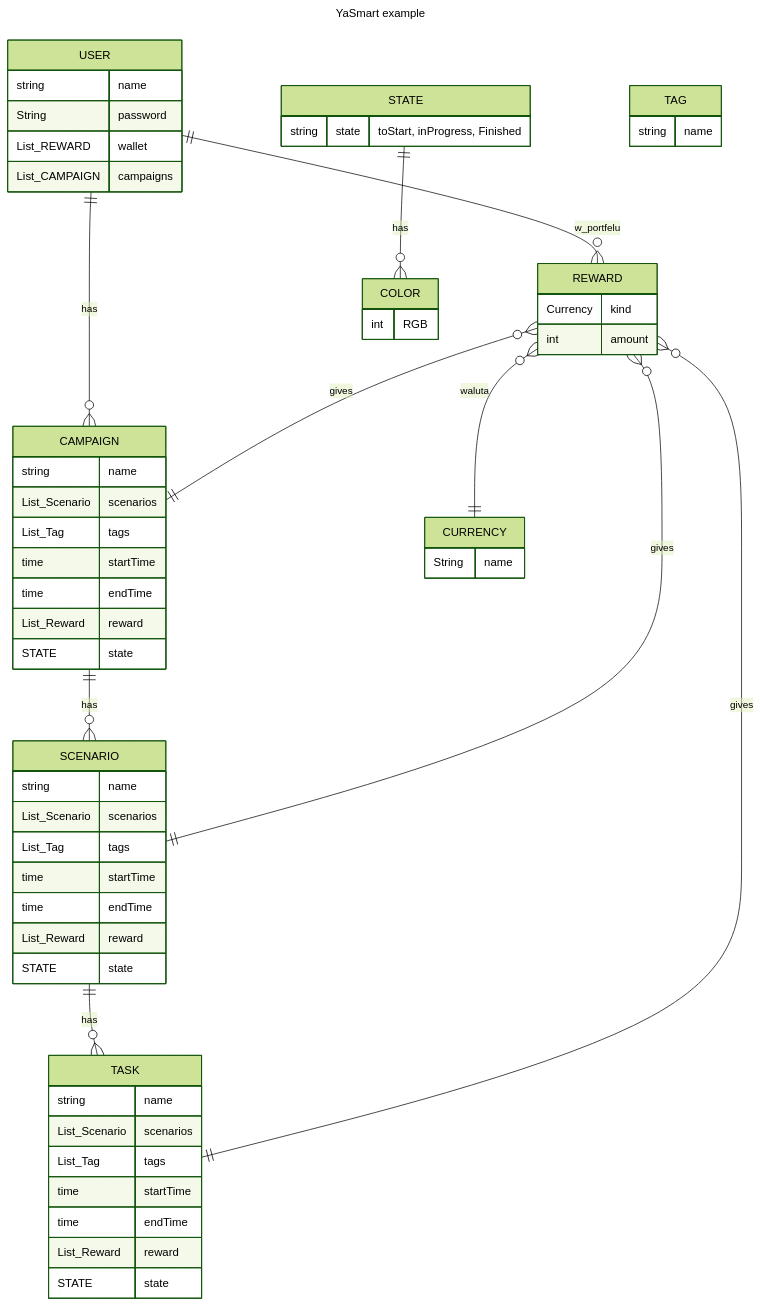
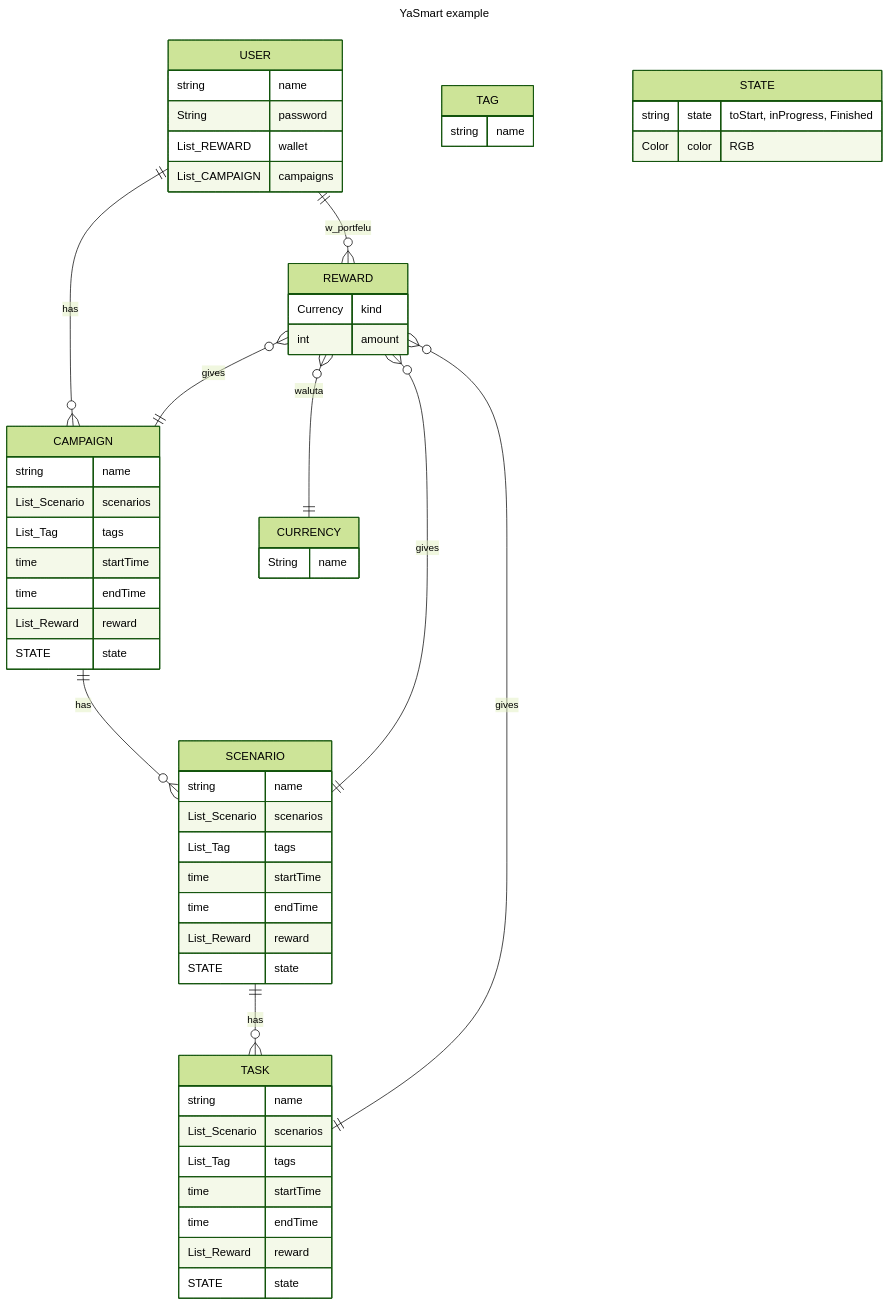
Before and after one commit to pikolinianita/YaSmart: the diagram in idee.md, drawn with Mermaid. The commit also changed other lines of this file, not shown here.

````diff
--- a/idee.md
+++ b/idee.md
@@ -21,65 +30,64 @@
 ```mermaid
 ---
 title: YaSmart example
 ---
 %%{init: {'theme':'forest'}}%%
 erDiagram
  USER ||--o{ CAMPAIGN : has
 CAMPAIGN ||--o{ SCENARIO : has
 SCENARIO ||--o{ TASK : has
  REWARD }o--|| CURRENCY : waluta
 REWARD }o--|| CAMPAIGN : gives
 REWARD }o--|| SCENARIO : gives
 REWARD }o--|| TASK : gives
  USER ||--o{ REWARD : w_portfelu
-STATE ||--o{ COLOR: has
+
     USER {
     string name
     String password
     List_REWARD wallet
     List_CAMPAIGN campaigns    
     }
 REWARD {
     Currency kind
     int amount
     }
 CURRENCY {
     String name
     }
 CAMPAIGN{
 string name
 List_Scenario scenarios
 List_Tag tags
 time startTime
 time endTime
 List_Reward reward
 STATE state
 }
 SCENARIO {
 string name
 List_Scenario scenarios
 List_Tag tags
 time startTime
 time endTime
 List_Reward reward
 STATE state
 }
 TASK{
 string name
 List_Scenario scenarios
 List_Tag tags
 time startTime
 time endTime
 List_Reward reward
 STATE state
 }
 TAG {
 string name
 }
 STATE {
 string state "toStart, inProgress, Finished"
+Color color "RGB "
 }
-COLOR{
-int RGB
-}
+
 ```
````
